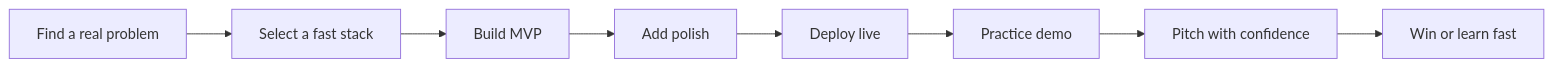
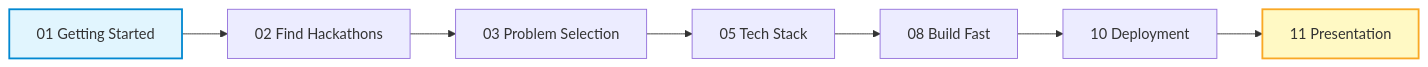
One commit to udaysharmadev/Hackathon-Starter-Pack-Complete-Guide-Roadmap changed the fourth of 6 diagrams in README.md. Above: the diagram before and after it, drawn with Mermaid. The commit also changed other lines of this file and 2 other files, not shown here.

````diff
--- a/README.md
+++ b/README.md
@@ -140,10 +288,12 @@
 ```mermaid
 flowchart LR
-    A[Find a real problem] --> B[Select a fast stack]
-    B --> C[Build MVP]
-    C --> D[Add polish]
-    D --> E[Deploy live]
-    E --> F[Practice demo]
-    F --> G[Pitch with confidence]
-    G --> H[Win or learn fast]
+    A[01 Getting Started] --> B[02 Find Hackathons]
+    B --> C[03 Problem Selection]
+    C --> D[05 Tech Stack]
+    D --> E[08 Build Fast]
+    E --> F[10 Deployment]
+    F --> G[11 Presentation]
+
+    style A fill:#e1f5fe,stroke:#0288d1,stroke-width:2px
+    style G fill:#fff9c4,stroke:#f9a825,stroke-width:2px
 ```
````
